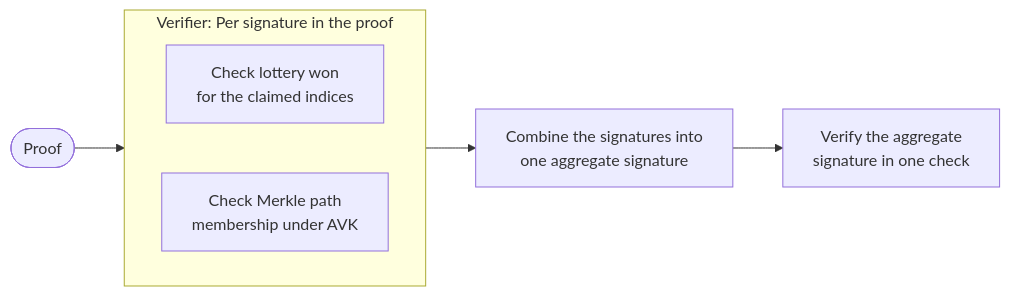
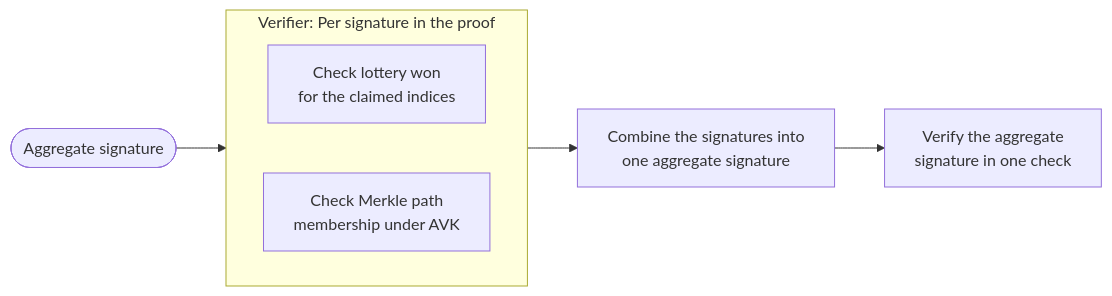
The second of 2 diagrams in docs/website/root/mithril/advanced/mithril-protocol/aggregation/concatenation.md (IntersectMBO/mithril), drawn with Mermaid before and after one commit. The commit also changed other lines of this file and 2 other files, not shown here.

````diff
--- a/docs/website/root/mithril/advanced/mithril-protocol/aggregation/concatenation.md
+++ b/docs/website/root/mithril/advanced/mithril-protocol/aggregation/concatenation.md
@@ -28,13 +28,13 @@
 ```mermaid
 flowchart LR
-    Proof(["Proof"]) --> Loop2
+    Proof(["Aggregate signature"]) --> Loop2
 
     subgraph Loop2["Verifier: Per signature in the proof"]
         direction LR
         L2["Check lottery won<br/>for the claimed indices"]
         M2["Check Merkle path<br/>membership under AVK"]
     end
 
     Loop2 --> Batch["Combine the signatures into<br/>one aggregate signature"]
     Batch --> Verify["Verify the aggregate<br/>signature in one check"]
 ```
````
